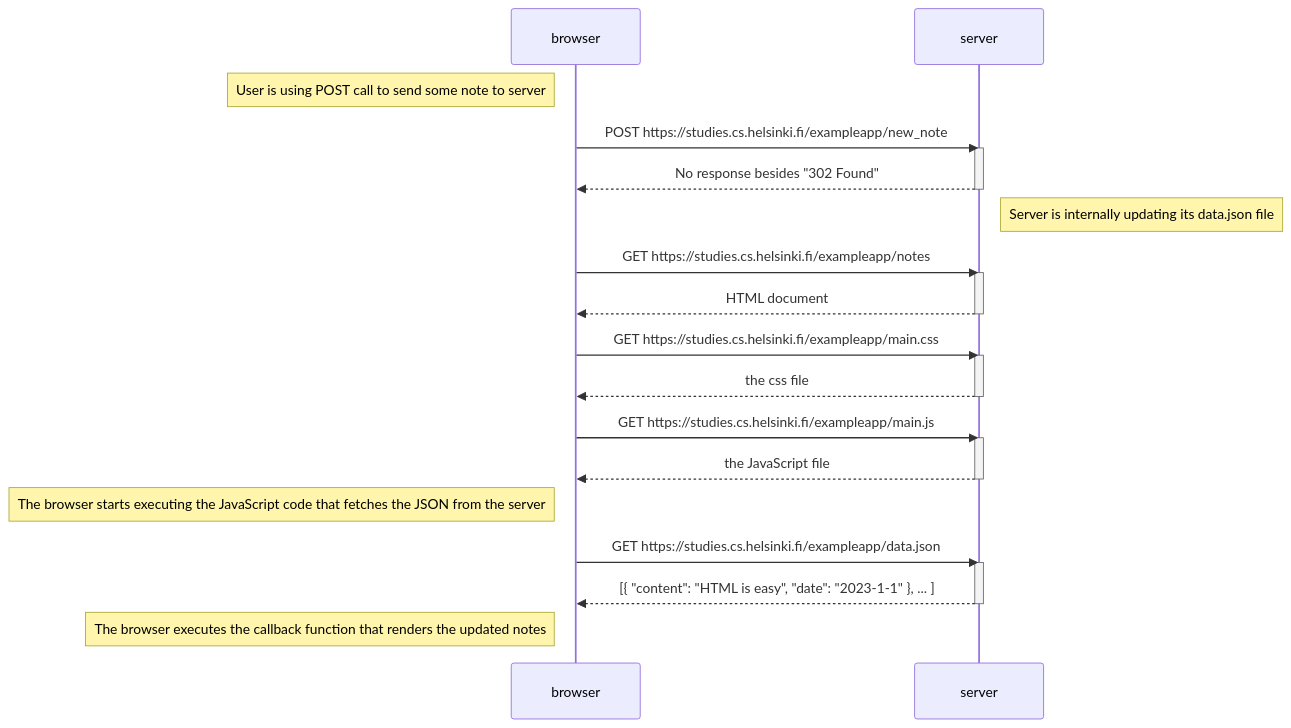
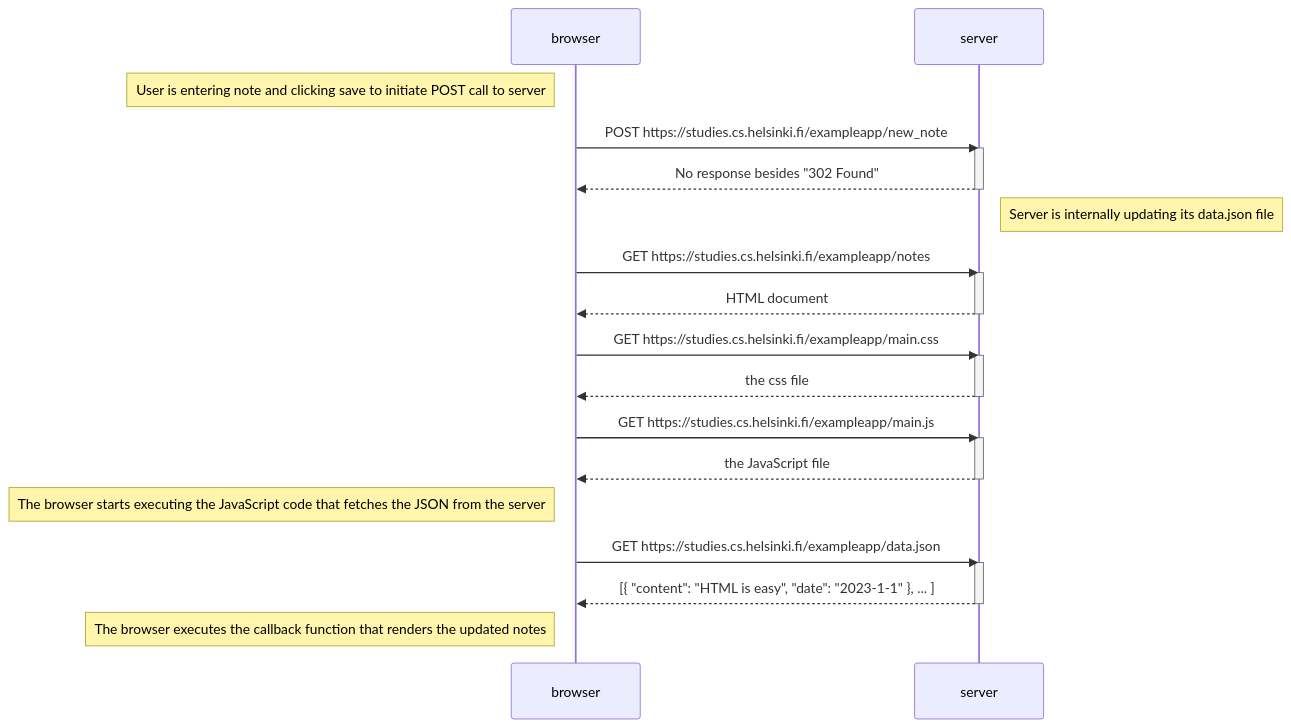
Before and after one commit to sk-go/fullstackopen: the diagram in part0/note_diagram.md, drawn with Mermaid.

````diff
--- a/part0/note_diagram.md
+++ b/part0/note_diagram.md
@@ -1,39 +1,39 @@
 ```mermaid
 sequenceDiagram
     participant browser
     participant server
 
-    Note left of browser: User is using POST call to send some note to server
+    Note left of browser: User is entering note and clicking save to initiate POST call to server
 
     browser->>server: POST https://studies.cs.helsinki.fi/exampleapp/new_note
     activate server
     server-->>browser: No response besides "302 Found"
     deactivate server
 
     Note right of server: Server is internally updating its data.json file
 
     browser->>server: GET https://studies.cs.helsinki.fi/exampleapp/notes
     activate server
     server-->>browser: HTML document
     deactivate server
 
     browser->>server: GET https://studies.cs.helsinki.fi/exampleapp/main.css
     activate server
     server-->>browser: the css file
     deactivate server
 
     browser->>server: GET https://studies.cs.helsinki.fi/exampleapp/main.js
     activate server
     server-->>browser: the JavaScript file
     deactivate server
 
     Note left of browser: The browser starts executing the JavaScript code that fetches the JSON from the server
 
     browser->>server: GET https://studies.cs.helsinki.fi/exampleapp/data.json
     activate server
     server-->>browser: [{ "content": "HTML is easy", "date": "2023-1-1" }, ... ]
     deactivate server
 
     Note left of browser: The browser executes the callback function that renders the updated notes
 
 ```
````
